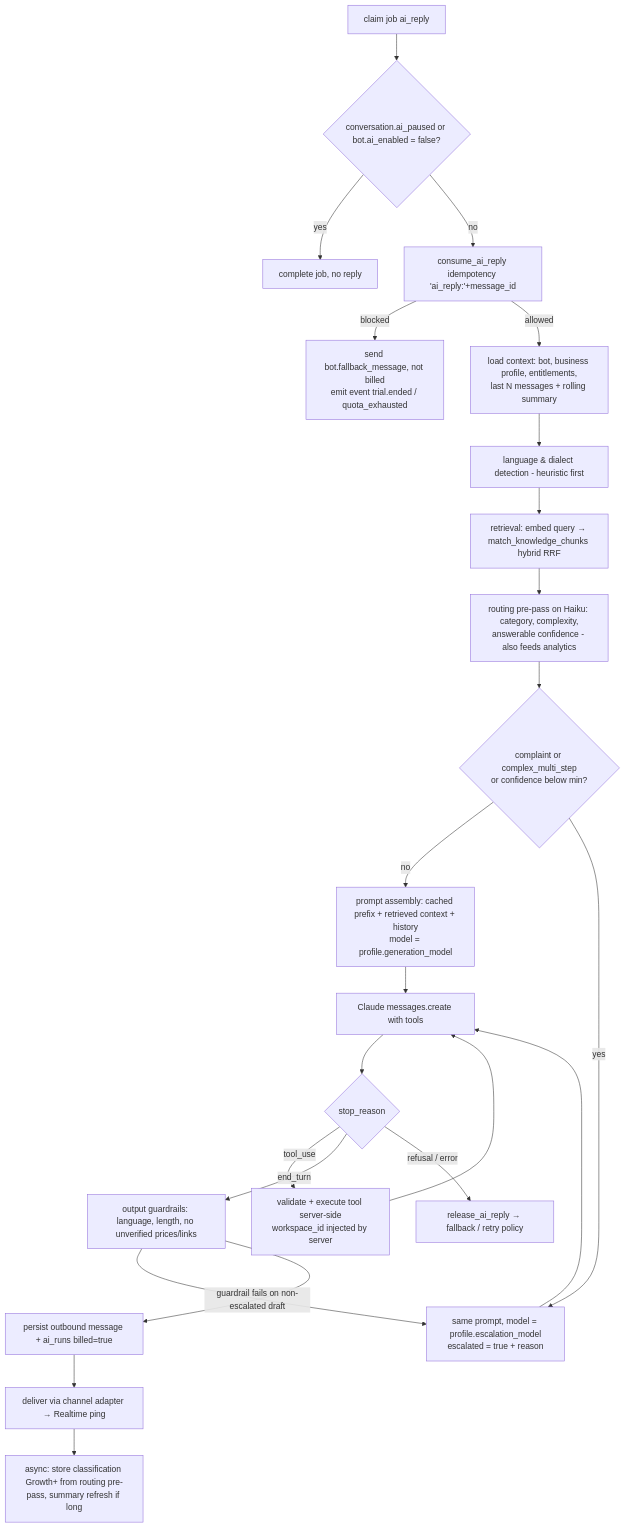
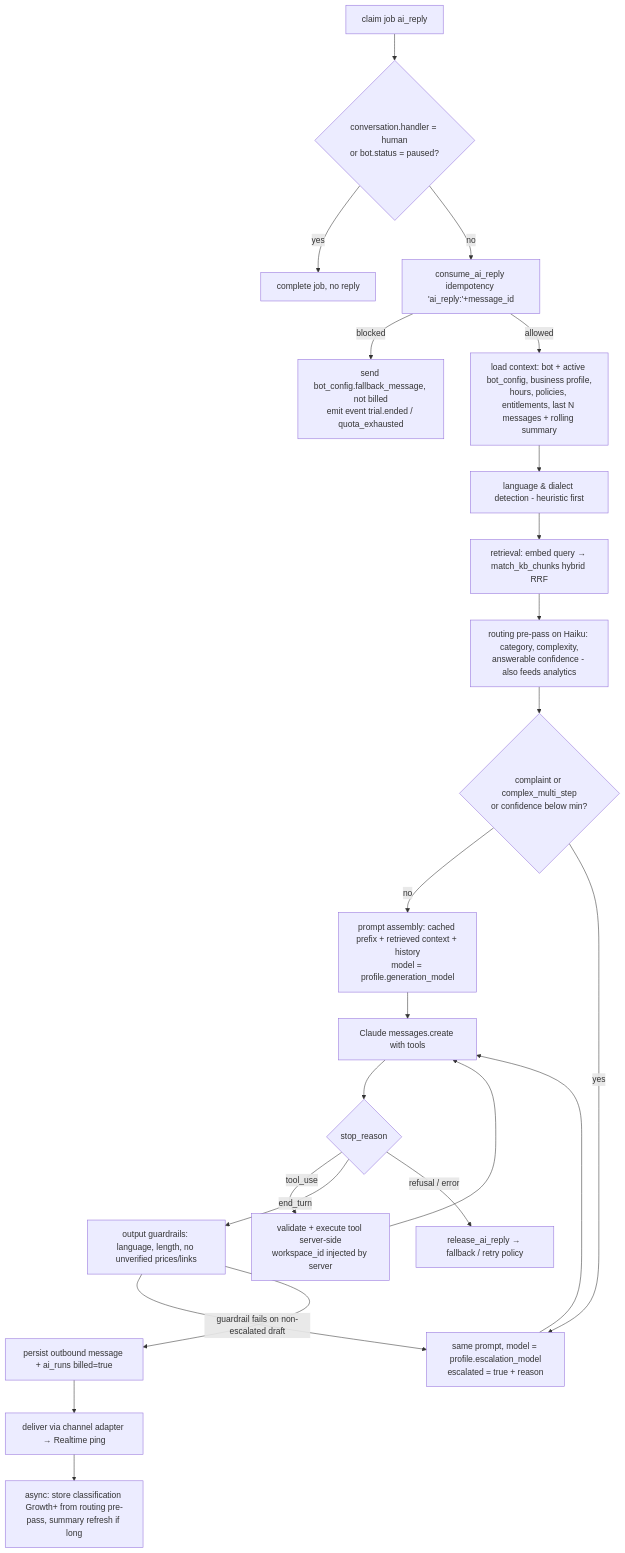
Before and after one commit to hemashady210-lgtm/hema: the diagram in docs/AI_ENGINE.md, drawn with Mermaid. The commit also changed other lines of this file and 19 other files, not shown here.

````diff
--- a/docs/AI_ENGINE.md
+++ b/docs/AI_ENGINE.md
@@ -22,24 +23,24 @@
 ```mermaid
 flowchart TD
-  A[claim job ai_reply] --> B{conversation.ai_paused or bot.ai_enabled = false?}
+  A[claim job ai_reply] --> B{conversation.handler = human\nor bot.status = paused?}
   B -- yes --> Z[complete job, no reply]
   B -- no --> C[consume_ai_reply idempotency 'ai_reply:'+message_id]
-  C -- blocked --> F[send bot.fallback_message, not billed\nemit event trial.ended / quota_exhausted]
-  C -- allowed --> D[load context: bot, business profile, entitlements,\nlast N messages + rolling summary]
+  C -- blocked --> F[send bot_config.fallback_message, not billed\nemit event trial.ended / quota_exhausted]
+  C -- allowed --> D[load context: bot + active bot_config, business profile,\nhours, policies, entitlements, last N messages + rolling summary]
   D --> E[language & dialect detection - heuristic first]
-  E --> G[retrieval: embed query → match_knowledge_chunks hybrid RRF]
+  E --> G[retrieval: embed query → match_kb_chunks hybrid RRF]
   G --> RT[routing pre-pass on Haiku: category, complexity,\nanswerable confidence - also feeds analytics]
   RT --> RS{complaint or complex_multi_step\nor confidence below min?}
   RS -- no --> H[prompt assembly: cached prefix + retrieved context + history\nmodel = profile.generation_model]
   RS -- yes --> HS[same prompt, model = profile.escalation_model\nescalated = true + reason]
   HS --> I
   H --> I[Claude messages.create with tools]
   I --> J{stop_reason}
   J -- tool_use --> K[validate + execute tool server-side\nworkspace_id injected by server] --> I
   J -- end_turn --> L[output guardrails: language, length, no unverified prices/links]
   L -- guardrail fails on non-escalated draft --> HS
   J -- refusal / error --> R[release_ai_reply → fallback / retry policy]
   L --> M[persist outbound message + ai_runs billed=true]
   M --> N[deliver via channel adapter → Realtime ping]
   N --> O[async: store classification Growth+ from routing pre-pass, summary refresh if long]
 ```
````
